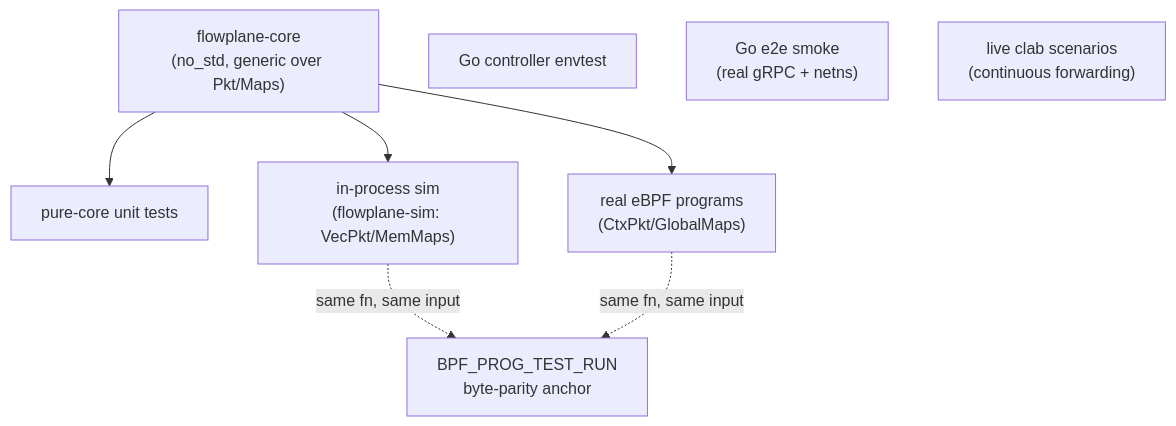
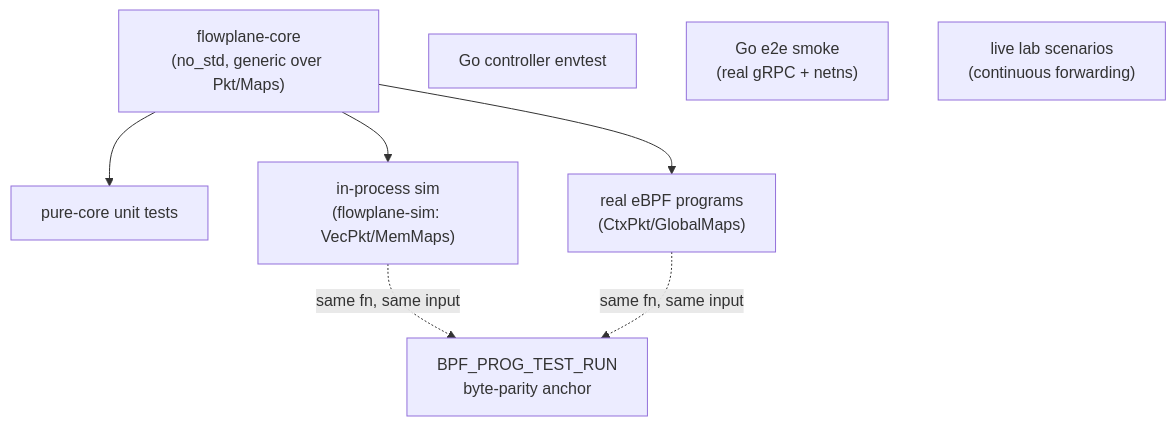
One commit to trevex/ectobase changed the diagram in docs/testing/strategy.md. Above: the diagram before and after it, drawn with Mermaid. The commit also changed other lines of this file and 190 other files, not shown here.

````diff
--- a/docs/testing/strategy.md
+++ b/docs/testing/strategy.md
@@ -10,12 +10,12 @@
 ```mermaid
 flowchart TB
     core["flowplane-core<br/>(no_std, generic over Pkt/Maps)"]
     core --> unit["pure-core unit tests"]
     core --> sim["in-process sim<br/>(flowplane-sim: VecPkt/MemMaps)"]
     core --> ebpf["real eBPF programs<br/>(CtxPkt/GlobalMaps)"]
     sim -. same fn, same input .-> anchor["BPF_PROG_TEST_RUN<br/>byte-parity anchor"]
     ebpf -. same fn, same input .-> anchor
     go["Go controller envtest"]
     e2e["Go e2e smoke<br/>(real gRPC + netns)"]
-    clab["live clab scenarios<br/>(continuous forwarding)"]
+    clab["live lab scenarios<br/>(continuous forwarding)"]
 ```
````
